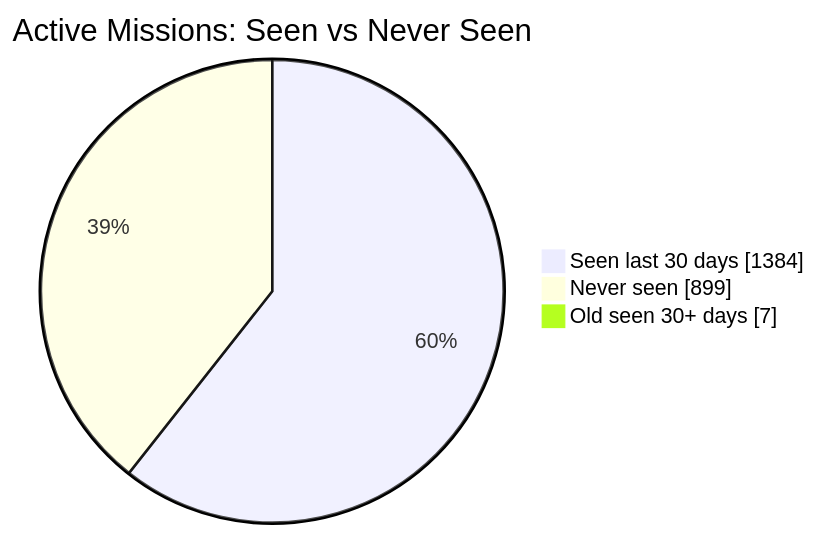
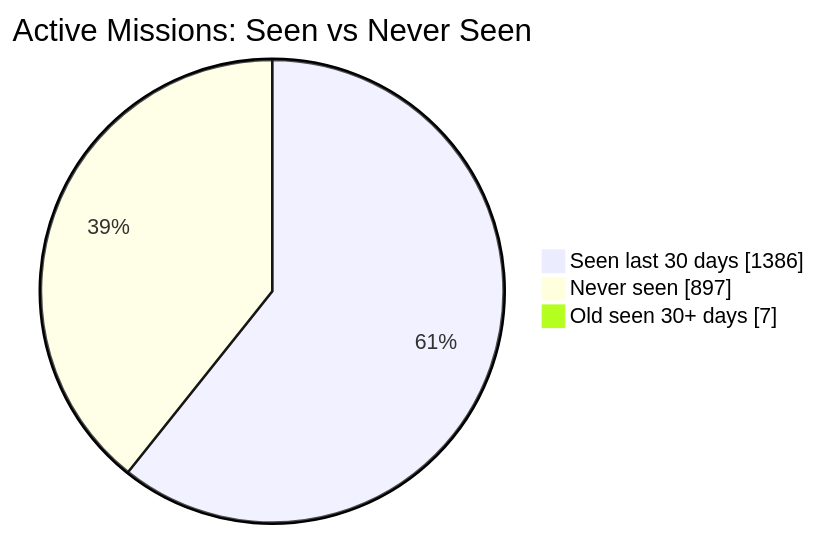
Before and after one commit to MeldkamerspelGameTeam/active-missions: the first of 2 diagrams in README.md, drawn with Mermaid. The commit also changed other lines of this file and 2 other files, not shown here.

````diff
--- a/README.md
+++ b/README.md
@@ -34,7 +34,7 @@
 ```mermaid
 pie showData
     title Active Missions: Seen vs Never Seen
-    "Seen last 30 days" : 1384
-    "Never seen" : 899
+    "Seen last 30 days" : 1386
+    "Never seen" : 897
     "Old seen 30+ days" : 7
 ```
````
